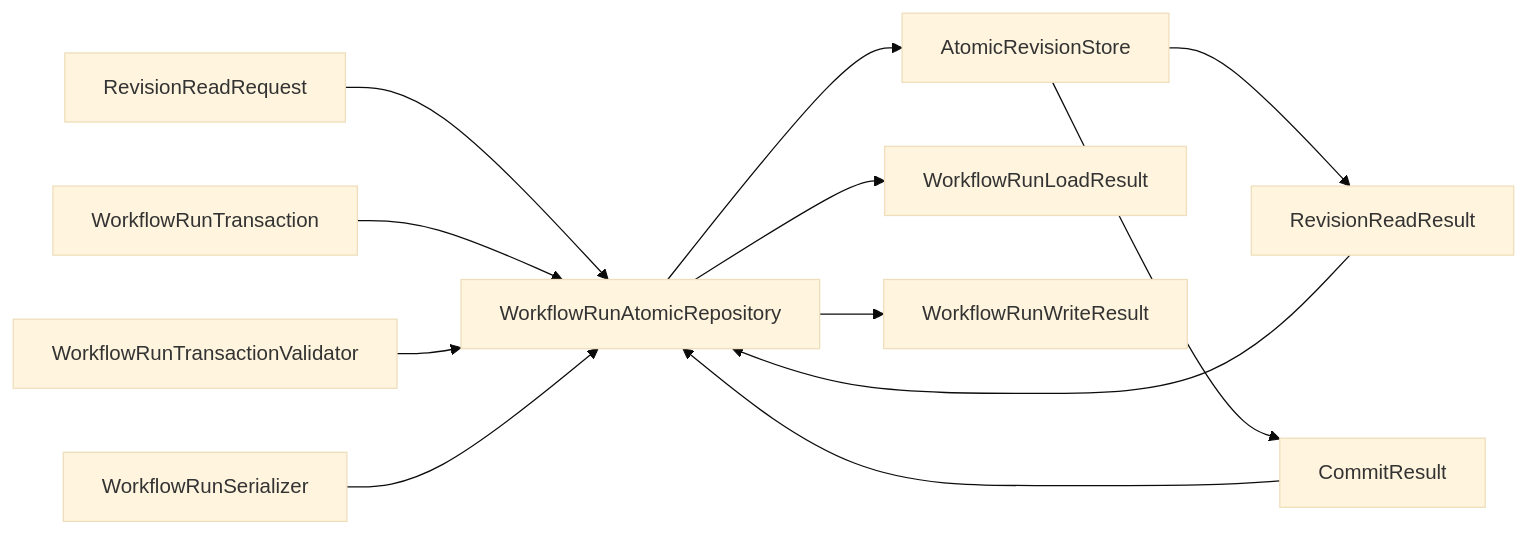
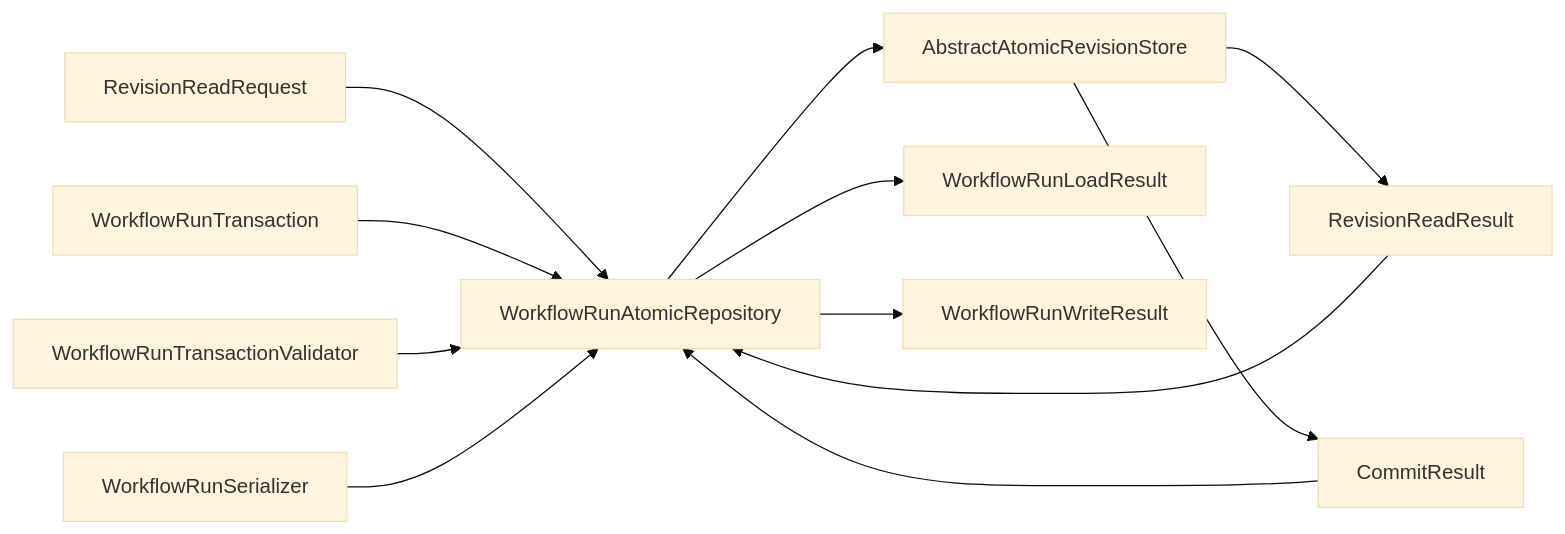
Before and after one commit to eragasa/ksdft2effmass: the diagram in docs/architecture/v2/ksdft2effmass/workflows/persistence.md, drawn with Mermaid (base theme). The commit also changed other lines of this file and 94 other files, not shown here.

Commit message:
docs(architecture): close nominal ABC migration gate

````diff
--- a/docs/architecture/v2/ksdft2effmass/workflows/persistence.md
+++ b/docs/architecture/v2/ksdft2effmass/workflows/persistence.md
@@ -30,14 +30,14 @@
 ```mermaid
 flowchart LR
     read_request["RevisionReadRequest"] --> repository["WorkflowRunAtomicRepository"]
     transaction["WorkflowRunTransaction"] --> repository
     validator["WorkflowRunTransactionValidator"] --> repository
     serializer["WorkflowRunSerializer"] --> repository
-    repository --> store["AtomicRevisionStore"]
+    repository --> store["AbstractAtomicRevisionStore"]
     store --> read_result["RevisionReadResult"]
     store --> commit_result["CommitResult"]
     read_result --> repository
     commit_result --> repository
     repository --> load_result["WorkflowRunLoadResult"]
     repository --> write_result["WorkflowRunWriteResult"]
 ```
````
